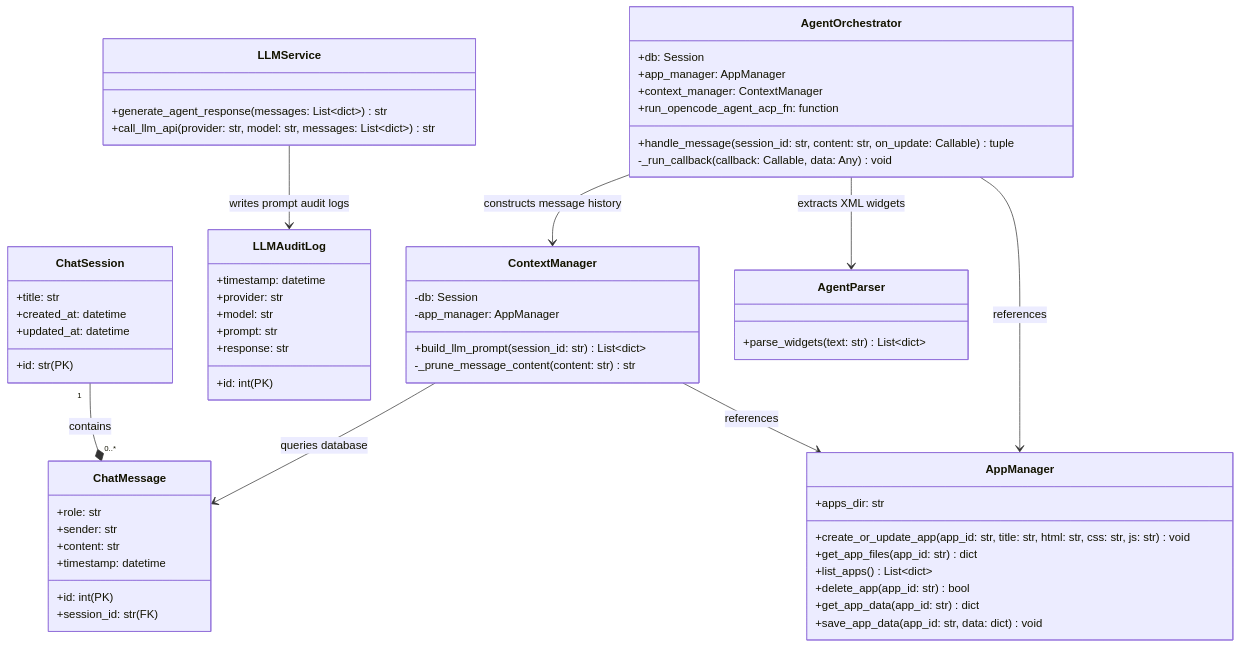
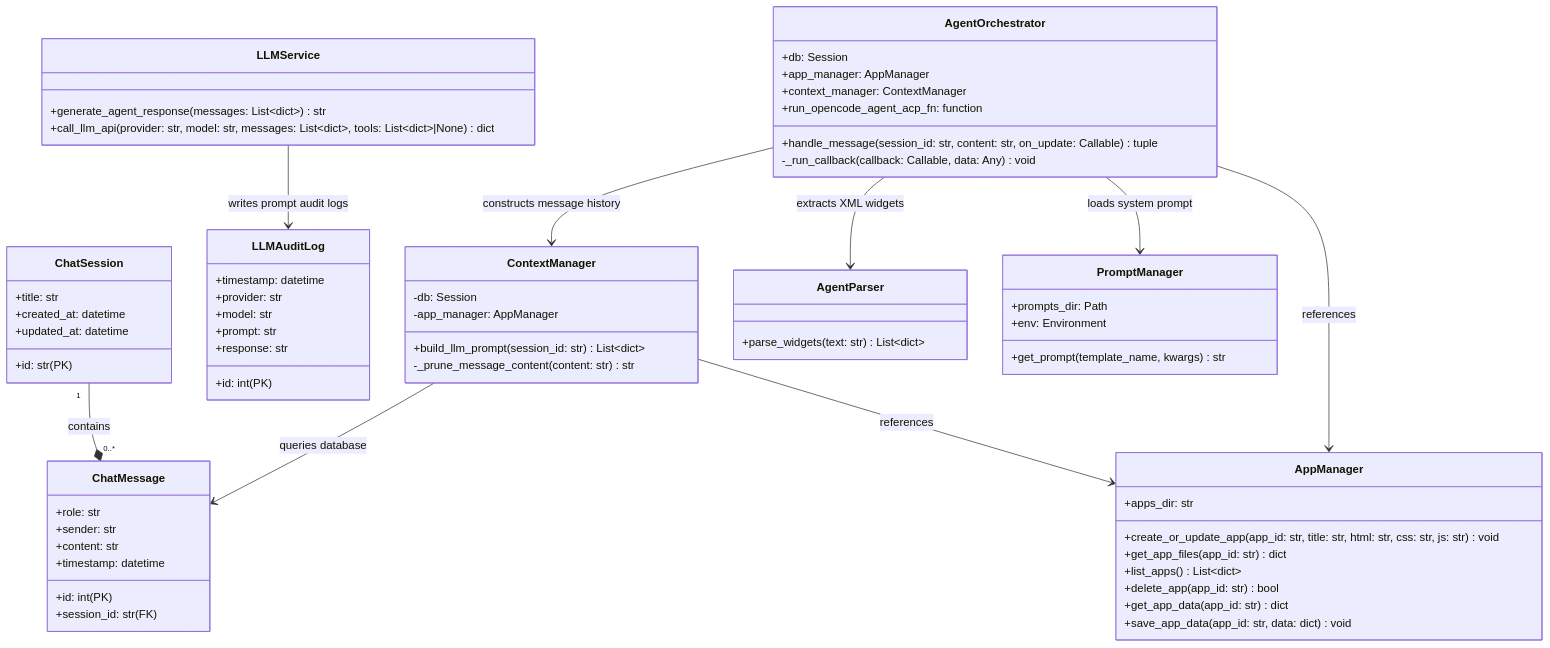
One commit to BillShiyaoZhang/ambient-agent changed the diagram in backend/UML.md. Above: the diagram before and after it, drawn with Mermaid. The commit also changed 20 other files, not shown here.

````diff
--- a/backend/UML.md
+++ b/backend/UML.md
@@ -7,70 +7,77 @@
 ```mermaid
 classDiagram
     class ChatSession {
         +id: str (PK)
         +title: str
         +created_at: datetime
         +updated_at: datetime
     }
 
     class ChatMessage {
         +id: int (PK)
         +session_id: str (FK)
         +role: str
         +sender: str
         +content: str
         +timestamp: datetime
     }
 
     class LLMAuditLog {
         +id: int (PK)
         +timestamp: datetime
         +provider: str
         +model: str
         +prompt: str
         +response: str
     }
 
     class AppManager {
         +apps_dir: str
         +create_or_update_app(app_id: str, title: str, html: str, css: str, js: str) void
         +get_app_files(app_id: str) dict
         +list_apps() List~dict~
         +delete_app(app_id: str) bool
         +get_app_data(app_id: str) dict
         +save_app_data(app_id: str, data: dict) void
     }
 
     class ContextManager {
         -db: Session
         -app_manager: AppManager
         +build_llm_prompt(session_id: str) List~dict~
         -_prune_message_content(content: str) str
     }
 
     class AgentParser {
         +parse_widgets(text: str) List~dict~
     }
 
     class LLMService {
         +generate_agent_response(messages: List~dict~) str
-        +call_llm_api(provider: str, model: str, messages: List~dict~) str
+        +call_llm_api(provider: str, model: str, messages: List~dict~, tools: List~dict~|None) dict
     }
 
     class AgentOrchestrator {
         +db: Session
         +app_manager: AppManager
         +context_manager: ContextManager
         +run_opencode_agent_acp_fn: function
         +handle_message(session_id: str, content: str, on_update: Callable) tuple
         -_run_callback(callback: Callable, data: Any) void
     }
 
+    class PromptManager {
+        +prompts_dir: Path
+        +env: Environment
+        +get_prompt(template_name, kwargs) str
+    }
+
     ChatSession "1" --* "0..*" ChatMessage : contains
     ContextManager --> AppManager : references
     ContextManager --> ChatMessage : queries database
     AgentOrchestrator --> ContextManager : constructs message history
     AgentOrchestrator --> AppManager : references
     AgentOrchestrator --> AgentParser : extracts XML widgets
+    AgentOrchestrator --> PromptManager : loads system prompt
     LLMService --> LLMAuditLog : writes prompt audit logs
 ```
````
